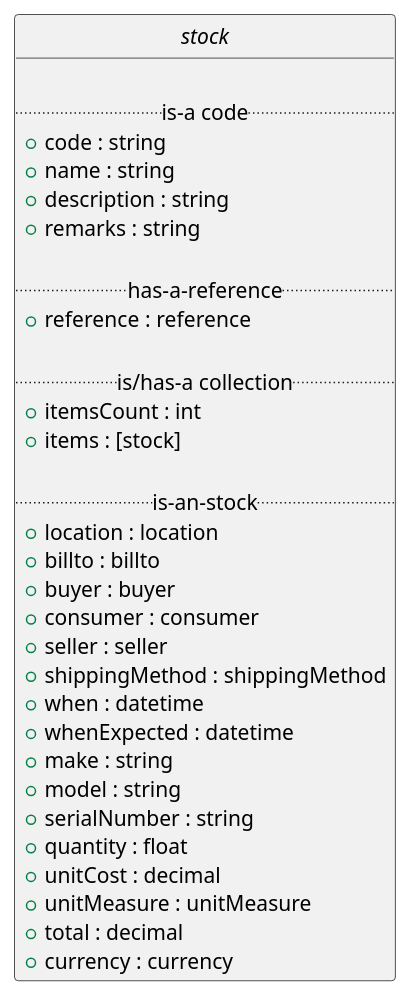
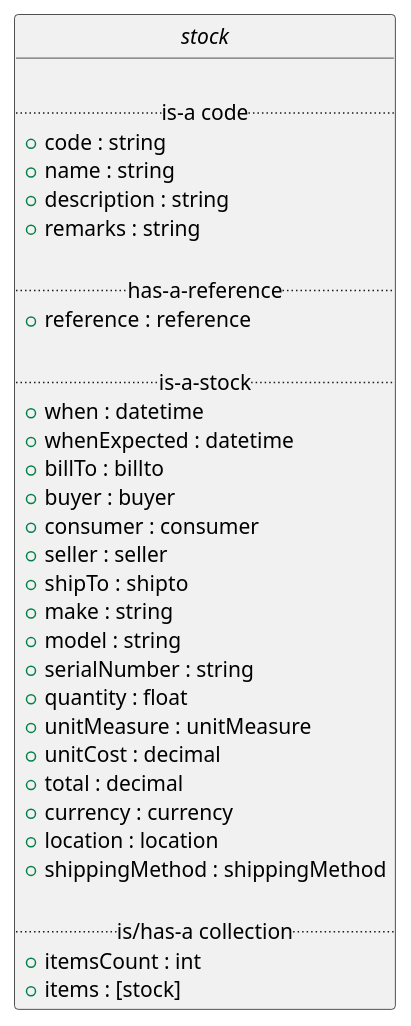
The second of 2 diagrams in stock/stock.org (EciStg/order-placement), drawn with PlantUML before and after one commit. The commit also changed other lines of this file and 7 other files, not shown here.

Commit message:
stock: added constrained string to xml schema. tried to get a consistent ordering of properties.

```diff
--- a/stock/stock.org
+++ b/stock/stock.org
@@ -52,39 +52,40 @@
 #+BEGIN_SRC plantuml :file ../images/stock-class-diagram.puml.png :exports results
   @startuml
   hide circle
 
   interface stock {
 
   .. is-a code ..
   {field} + code : string
   {field} + name : string
   {field} + description : string
   {field} + remarks : string
 
   .. has-a-reference ..
   {field} + reference : reference
 
-  .. is/has-a collection ..
-  {field} + itemsCount : int
-  {field} + items : [stock]
-
-  .. is-an-stock ..
-  {field} + location : location
-  {field} + billto : billto
+  .. is-a-stock ..
+  {field} + when : datetime
+  {field} + whenExpected : datetime
+  {field} + billTo : billto
   {field} + buyer : buyer
   {field} + consumer : consumer
   {field} + seller : seller
-  {field} + shippingMethod : shippingMethod
-  {field} + when : datetime
-  {field} + whenExpected : datetime
+  {field} + shipTo : shipto
   {field} + make : string
   {field} + model : string
   {field} + serialNumber : string
   {field} + quantity : float
+  {field} + unitMeasure : unitMeasure
   {field} + unitCost : decimal
-  {field} + unitMeasure : unitMeasure
   {field} + total : decimal
   {field} + currency : currency
+  {field} + location : location
+  {field} + shippingMethod : shippingMethod
+
+  .. is/has-a collection ..
+  {field} + itemsCount : int
+  {field} + items : [stock]
   }
   @enduml
 #+END_SRC
```
